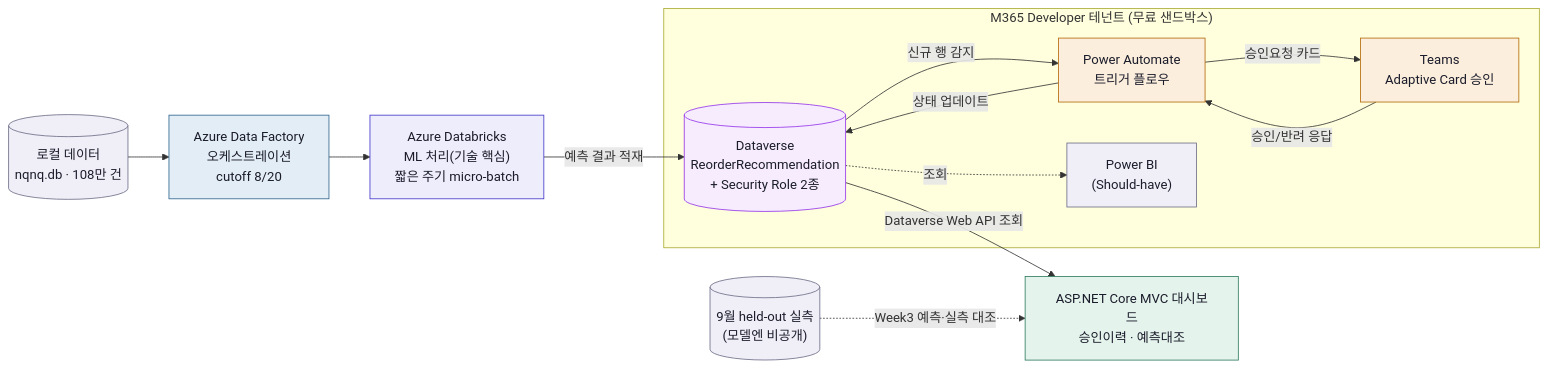
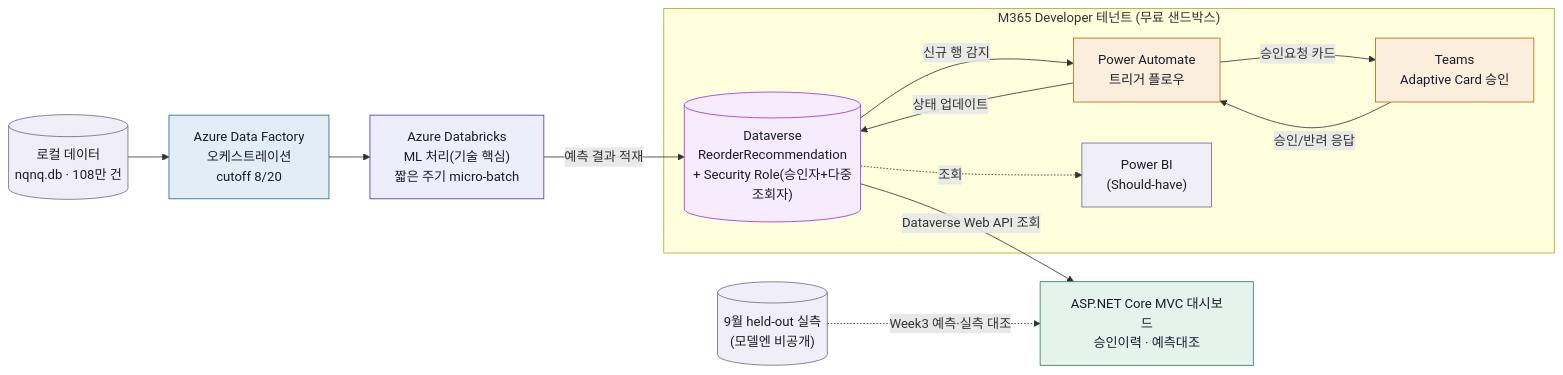
The diagram in 20.ARCHITECTURE/21. Appservice Core model.md (nklee-git/MS_2nd_Project_Team), drawn with Mermaid before and after one commit. The commit also changed other lines of this file and 26 other files, not shown here.

````diff
--- a/20.ARCHITECTURE/21. Appservice Core model.md
+++ b/20.ARCHITECTURE/21. Appservice Core model.md
@@ -47,42 +59,42 @@
 ```mermaid
 flowchart LR
     src[("로컬 데이터<br/>nqnq.db · 108만 건")]
     df["Azure Data Factory<br/>오케스트레이션<br/>cutoff 8/20"]
     ml["Azure Databricks<br/>ML 처리(기술 핵심)<br/>짧은 주기 micro-batch"]
 
     subgraph tenant["M365 Developer 테넌트 (무료 샌드박스)"]
-        dv[("Dataverse<br/>ReorderRecommendation<br/>+ Security Role 2종")]
+        dv[("Dataverse<br/>ReorderRecommendation<br/>+ Security Role(승인자+다중조회자)")]
         pa["Power Automate<br/>트리거 플로우"]
         teams["Teams<br/>Adaptive Card 승인"]
         bi["Power BI<br/>(Should-have)"]
     end
 
     dash["ASP.NET Core MVC 대시보드<br/>승인이력 · 예측대조"]
     holdout[("9월 held-out 실측<br/>(모델엔 비공개)")]
 
     src --> df --> ml -->|예측 결과 적재| dv
     dv -->|신규 행 감지| pa
     pa -->|승인요청 카드| teams
     teams -->|승인/반려 응답| pa
     pa -->|상태 업데이트| dv
     dv -.조회.-> bi
     dv -->|Dataverse Web API 조회| dash
     holdout -.Week3 예측·실측 대조.-> dash
 
     classDef data fill:#e3edf5,stroke:#2f6690,color:#1b1c2b;
     classDef mlcls fill:#eeedfc,stroke:#4338ca,color:#1b1c2b;
     classDef infra fill:#f6ecfd,stroke:#9333ea,color:#1b1c2b;
     classDef auto fill:#fbeedd,stroke:#b4690a,color:#1b1c2b;
     classDef dashcls fill:#e4f3ec,stroke:#2f7d5e,color:#1b1c2b;
     classDef neutral fill:#f0eff8,stroke:#6b6c85,color:#1b1c2b;
 
     class df data
     class ml mlcls
     class dv infra
     class pa auto
     class teams auto
     class dash dashcls
     class src neutral
     class holdout neutral
     class bi neutral
 ```
````
